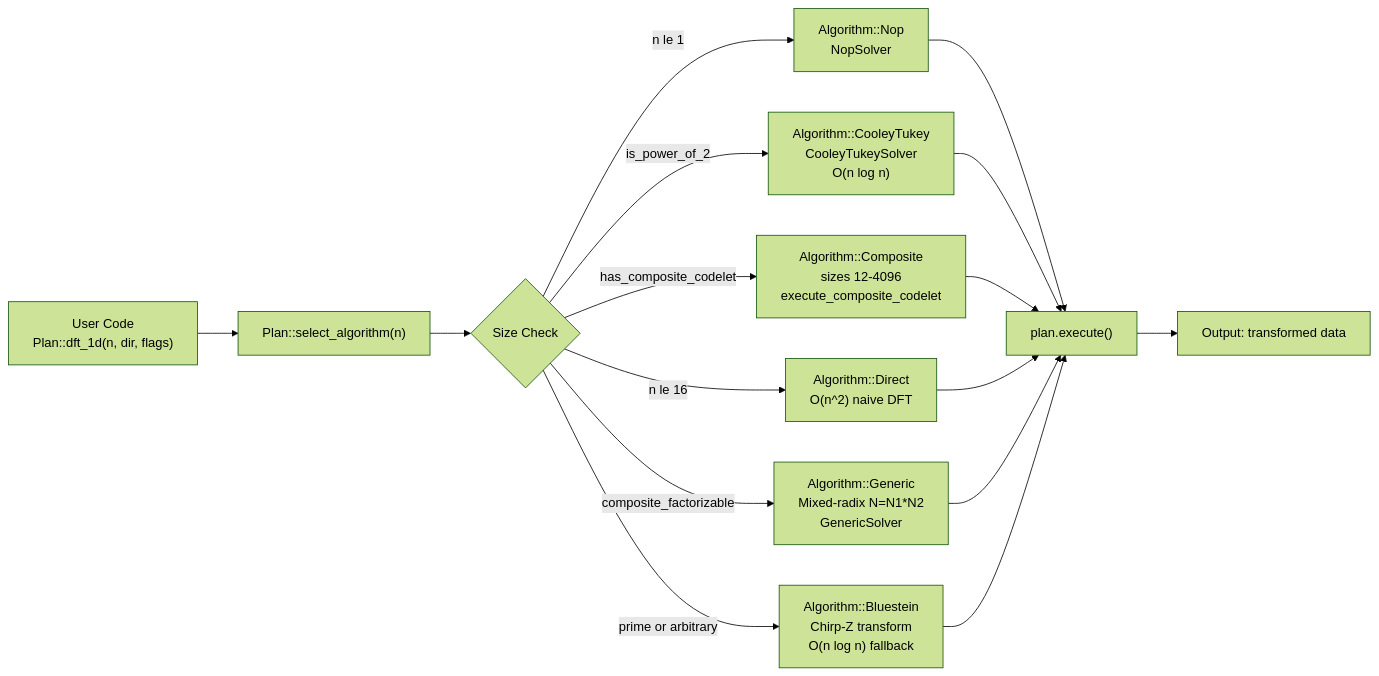
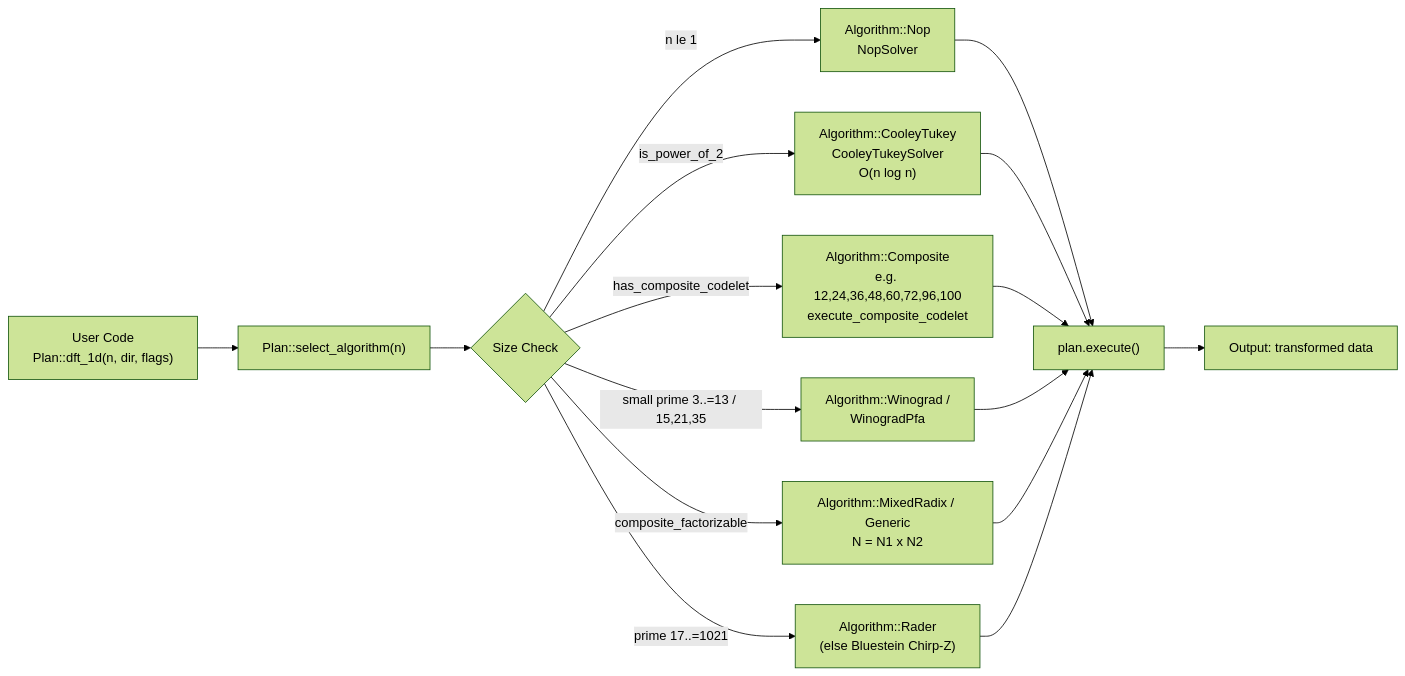
The second of 4 diagrams in oxifft.md (cool-japan/oxifft), drawn with Mermaid (forest theme) before and after one commit. The commit also changed other lines of this file and 181 other files, not shown here.

````diff
--- a/oxifft.md
+++ b/oxifft.md
@@ -78,18 +89,18 @@
 ```mermaid
 flowchart LR
     A["User Code<br/>Plan::dft_1d(n, dir, flags)"] --> B["Plan::select_algorithm(n)"]
     B --> C{Size Check}
     C -->|n le 1| D["Algorithm::Nop<br/>NopSolver"]
     C -->|is_power_of_2| E["Algorithm::CooleyTukey<br/>CooleyTukeySolver<br/>O(n log n)"]
-    C -->|has_composite_codelet| F["Algorithm::Composite<br/>sizes 12-4096<br/>execute_composite_codelet"]
-    C -->|n le 16| G["Algorithm::Direct<br/>O(n^2) naive DFT"]
-    C -->|composite_factorizable| H["Algorithm::Generic<br/>Mixed-radix N=N1*N2<br/>GenericSolver"]
-    C -->|prime or arbitrary| I["Algorithm::Bluestein<br/>Chirp-Z transform<br/>O(n log n) fallback"]
+    C -->|has_composite_codelet| F["Algorithm::Composite<br/>e.g. 12,24,36,48,60,72,96,100<br/>execute_composite_codelet"]
+    C -->|small prime 3..=13 / 15,21,35| G["Algorithm::Winograd /<br/>WinogradPfa"]
+    C -->|composite_factorizable| H["Algorithm::MixedRadix / Generic<br/>N = N1 x N2"]
+    C -->|prime 17..=1021| I["Algorithm::Rader<br/>(else Bluestein Chirp-Z)"]
     D --> J["plan.execute()"]
     E --> J
     F --> J
     G --> J
     H --> J
     I --> J
     J --> K["Output: transformed data"]
 ```
````
